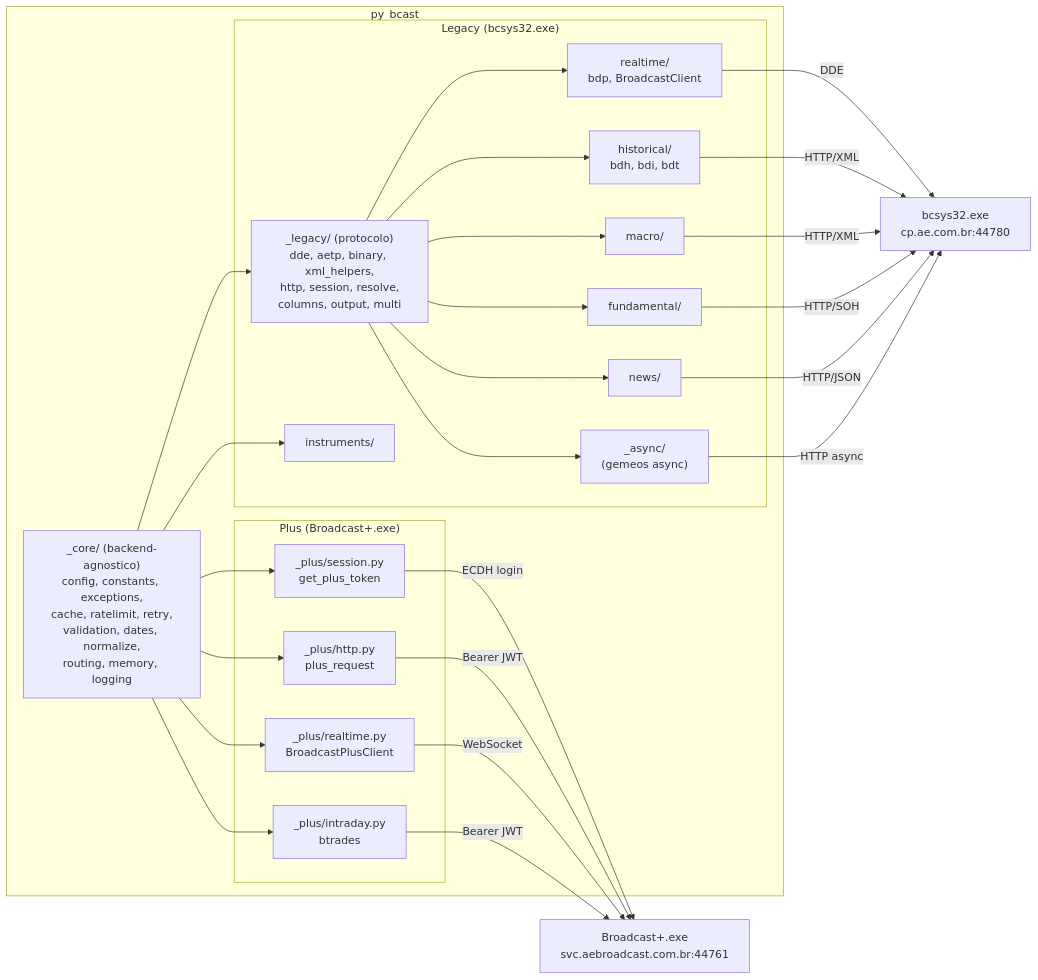
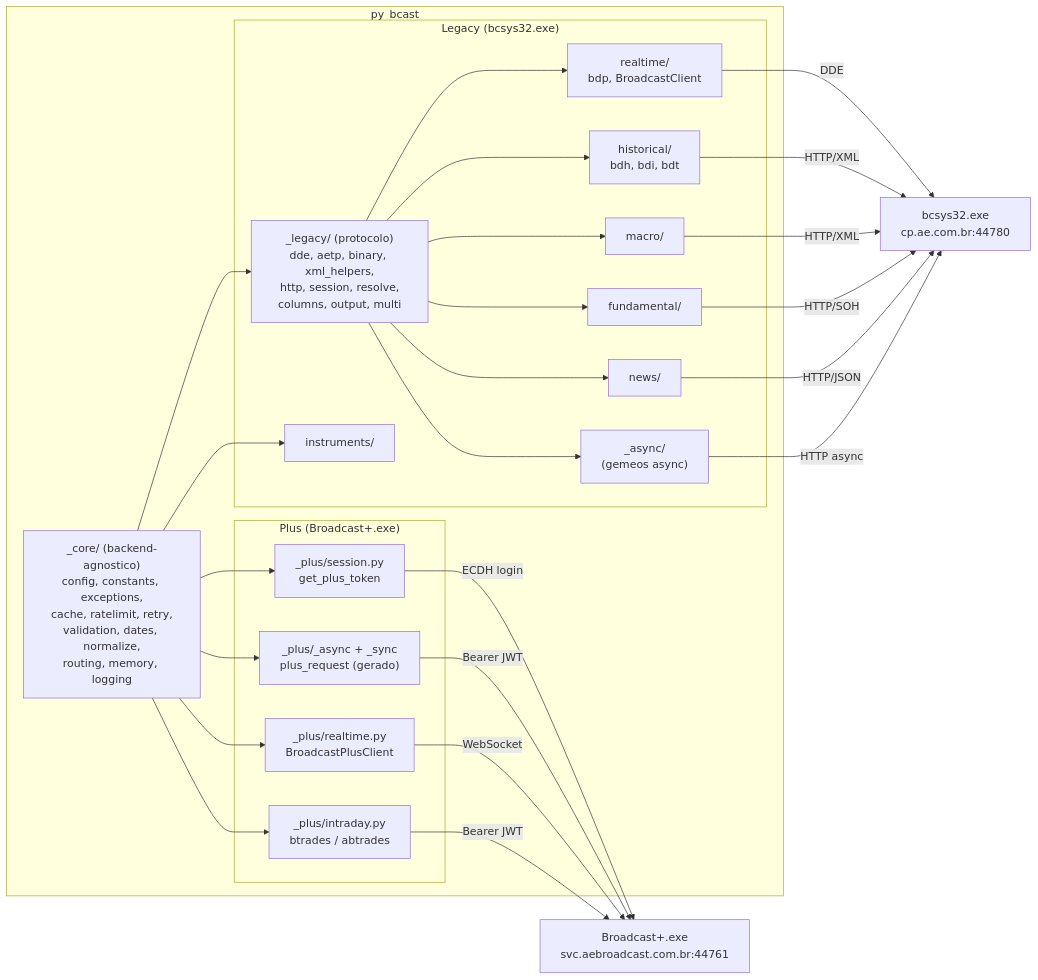
The diagram in docs/architecture.md (enzoomoreira/py-bcast), drawn with Mermaid before and after one commit. The commit also changed 14 other files, not shown here.

````diff
--- a/docs/architecture.md
+++ b/docs/architecture.md
@@ -18,48 +18,48 @@
 ```mermaid
 graph LR
     subgraph "py_bcast"
         CORE["_core/ (backend-agnostico)<br/>config, constants, exceptions,<br/>cache, ratelimit, retry,<br/>validation, dates, normalize,<br/>routing, memory, logging"]
 
         subgraph "Legacy (bcsys32.exe)"
             L_PROTO["_legacy/ (protocolo)<br/>dde, aetp, binary, xml_helpers,<br/>http, session, resolve,<br/>columns, output, multi"]
             L_RT["realtime/<br/>bdp, BroadcastClient"]
             L_HIST["historical/<br/>bdh, bdi, bdt"]
             L_MACRO["macro/"]
             L_FUND["fundamental/"]
             L_NEWS["news/"]
             L_INST["instruments/"]
             L_ASYNC["_async/<br/>(gemeos async)"]
         end
 
         subgraph "Plus (Broadcast+.exe)"
             P_SESS["_plus/session.py<br/>get_plus_token"]
-            P_HTTP["_plus/http.py<br/>plus_request"]
+            P_HTTP["_plus/_async + _sync<br/>plus_request (gerado)"]
             P_RT["_plus/realtime.py<br/>BroadcastPlusClient"]
-            P_INTRA["_plus/intraday.py<br/>btrades"]
+            P_INTRA["_plus/intraday.py<br/>btrades / abtrades"]
         end
 
         CORE --> L_PROTO
         L_PROTO --> L_RT
         L_PROTO --> L_HIST
         L_PROTO --> L_MACRO
         L_PROTO --> L_FUND
         L_PROTO --> L_NEWS
         L_PROTO --> L_ASYNC
         CORE --> L_INST
         CORE --> P_SESS
         CORE --> P_HTTP
         CORE --> P_RT
         CORE --> P_INTRA
     end
 
     L_RT -->|"DDE"| BCSYS["bcsys32.exe<br/>cp.ae.com.br:44780"]
     L_HIST -->|"HTTP/XML"| BCSYS
     L_MACRO -->|"HTTP/XML"| BCSYS
     L_FUND -->|"HTTP/SOH"| BCSYS
     L_NEWS -->|"HTTP/JSON"| BCSYS
     L_ASYNC -->|"HTTP async"| BCSYS
     P_SESS -->|"ECDH login"| PLUS["Broadcast+.exe<br/>svc.aebroadcast.com.br:44761"]
     P_HTTP -->|"Bearer JWT"| PLUS
     P_RT -->|"WebSocket"| PLUS
     P_INTRA -->|"Bearer JWT"| PLUS
 ```
````
